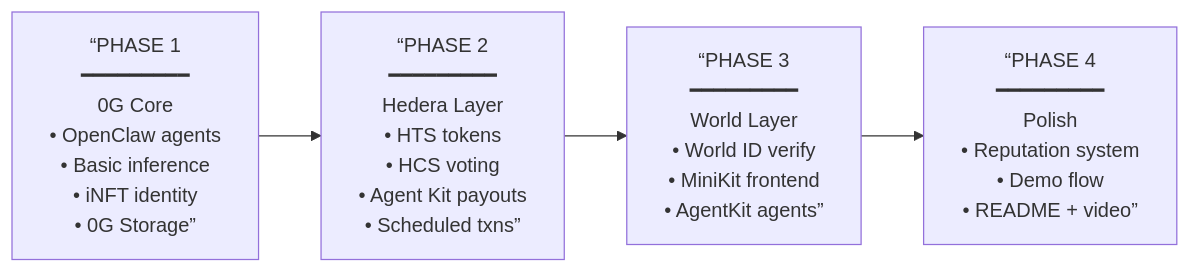
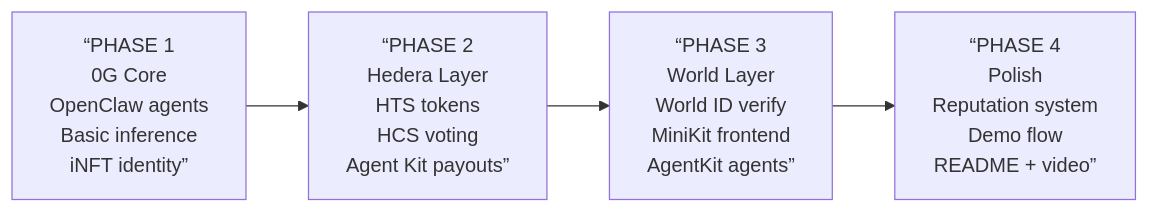
Before and after one commit to JingYuan0926/ethglobal: the eighth of 8 diagrams in test.md, drawn with Mermaid. The commit also changed other lines of this file, not shown here.

Commit message:
Fix mermaid code

````diff
--- a/test.md
+++ b/test.md
@@ -553,7 +567,4 @@
 ```mermaid
 graph LR
-    P1[“PHASE 1\n━━━━━━━━━\n0G Core\n• OpenClaw agents\n• Basic inference\n• iNFT identity\n• 0G Storage”] -->
-    P2[“PHASE 2\n━━━━━━━━━\nHedera Layer\n• HTS tokens\n• HCS voting\n• Agent Kit payouts\n• Scheduled txns”] -->
-    P3[“PHASE 3\n━━━━━━━━━\nWorld Layer\n• World ID verify\n• MiniKit frontend\n• AgentKit agents”] -->
-    P4[“PHASE 4\n━━━━━━━━━\nPolish\n• Reputation system\n• Demo flow\n• README + video”]
+    P1[“PHASE 1<br/>0G Core<br/>OpenClaw agents<br/>Basic inference<br/>iNFT identity”] --> P2[“PHASE 2<br/>Hedera Layer<br/>HTS tokens<br/>HCS voting<br/>Agent Kit payouts”] --> P3[“PHASE 3<br/>World Layer<br/>World ID verify<br/>MiniKit frontend<br/>AgentKit agents”] --> P4[“PHASE 4<br/>Polish<br/>Reputation system<br/>Demo flow<br/>README + video”]
 ```
````
